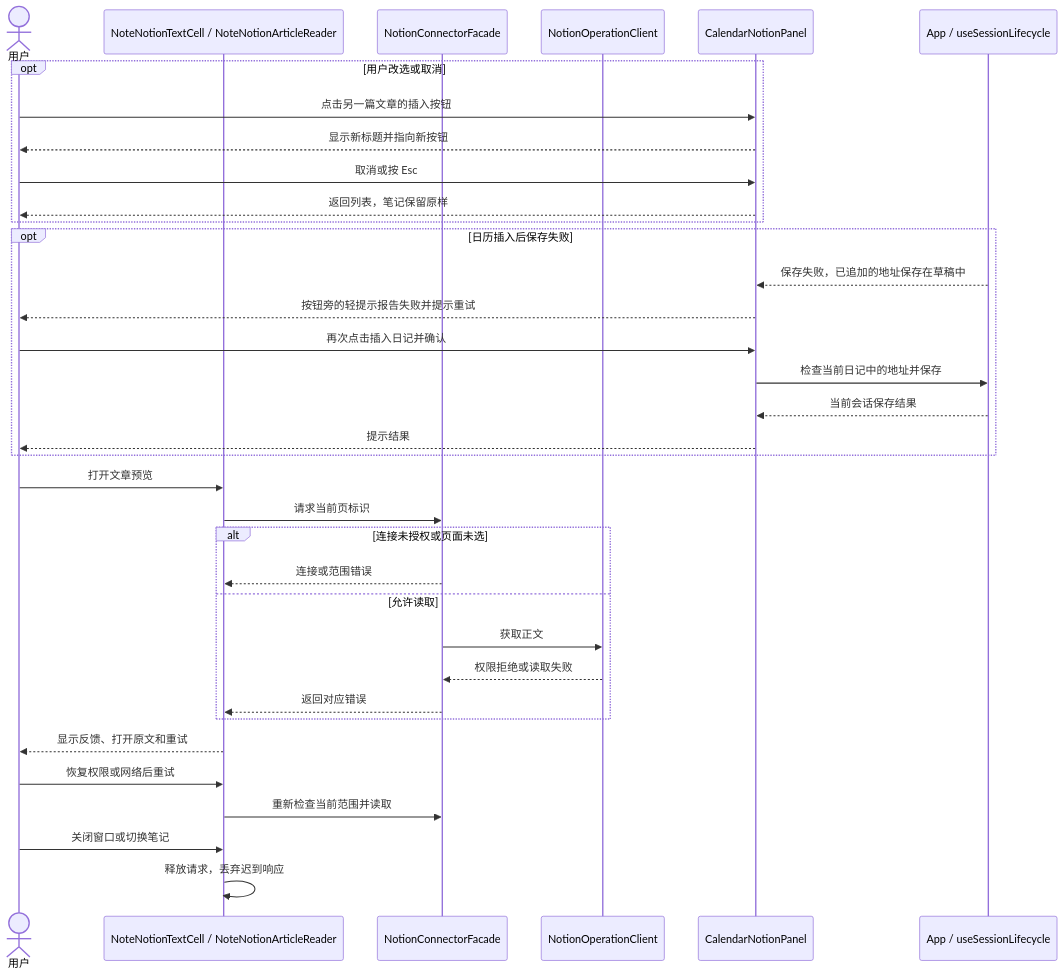
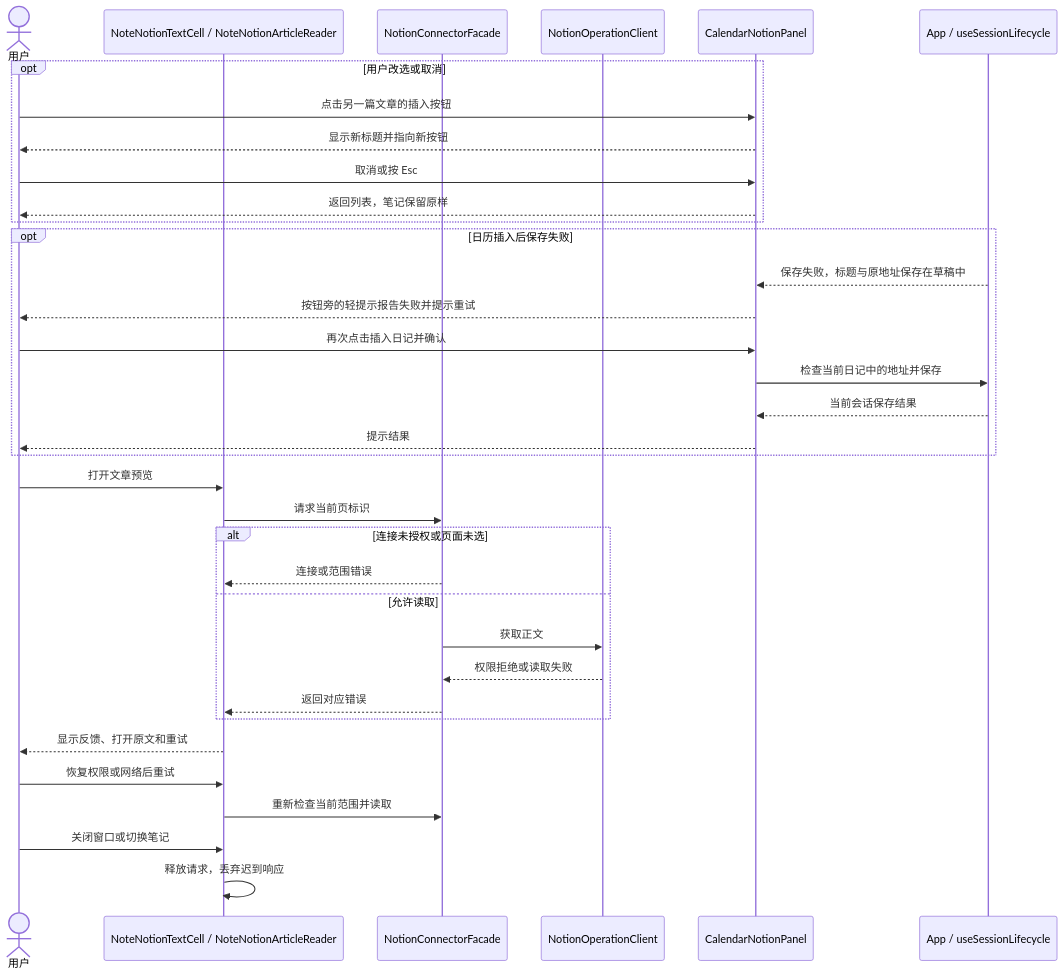
Before and after one commit to glide-the/im-dream: the second of 3 diagrams in docs/design/edit-session/notion-article-links.md, drawn with Mermaid. The commit also changed other lines of this file and 17 other files, not shown here.

````diff
--- a/docs/design/edit-session/notion-article-links.md
+++ b/docs/design/edit-session/notion-article-links.md
@@ -83,37 +84,37 @@
 ```mermaid
 sequenceDiagram
     actor U as 用户
     participant N as NoteNotionTextCell / NoteNotionArticleReader
     participant F as NotionConnectorFacade
     participant O as NotionOperationClient
     participant C as CalendarNotionPanel
     participant A as App / useSessionLifecycle
     opt 用户改选或取消
         U->>C: 点击另一篇文章的插入按钮
         C-->>U: 显示新标题并指向新按钮
         U->>C: 取消或按 Esc
         C-->>U: 返回列表，笔记保留原样
     end
     opt 日历插入后保存失败
-        A-->>C: 保存失败，已追加的地址保存在草稿中
+        A-->>C: 保存失败，标题与原地址保存在草稿中
         C-->>U: 按钮旁的轻提示报告失败并提示重试
         U->>C: 再次点击插入日记并确认
         C->>A: 检查当前日记中的地址并保存
         A-->>C: 当前会话保存结果
         C-->>U: 提示结果
     end
     U->>N: 打开文章预览
     N->>F: 请求当前页标识
     alt 连接未授权或页面未选
         F-->>N: 连接或范围错误
     else 允许读取
         F->>O: 获取正文
         O-->>F: 权限拒绝或读取失败
         F-->>N: 返回对应错误
     end
     N-->>U: 显示反馈、打开原文和重试
     U->>N: 恢复权限或网络后重试
     N->>F: 重新检查当前范围并读取
     U->>N: 关闭窗口或切换笔记
     N->>N: 释放请求，丢弃迟到响应
 ```
````
